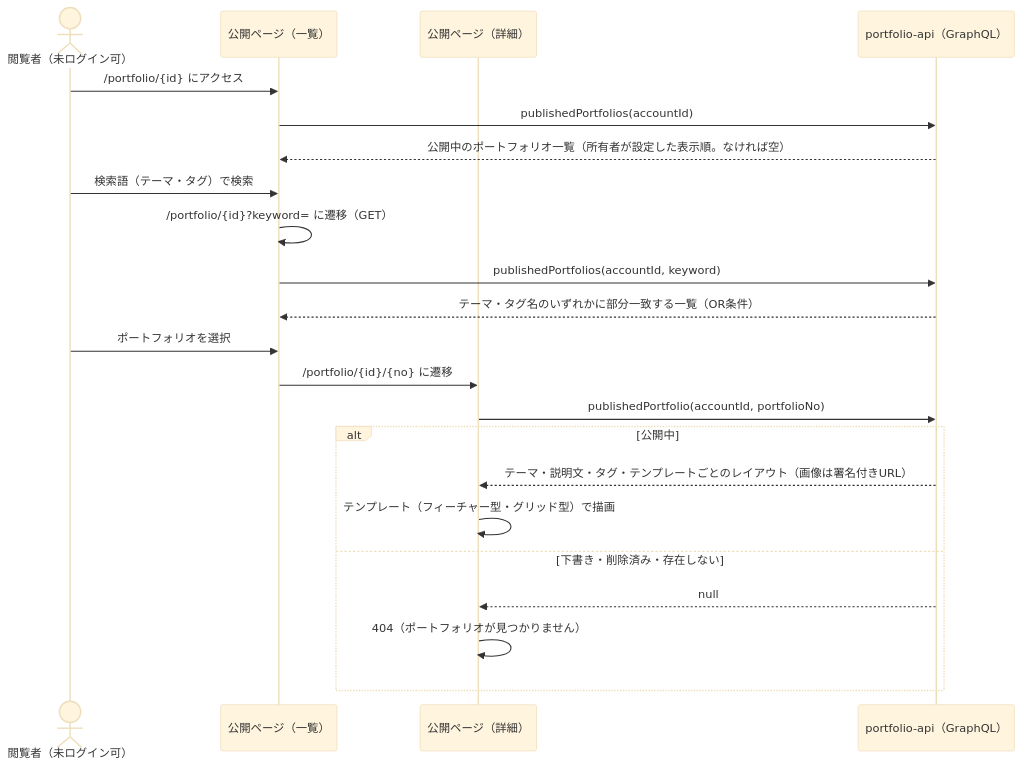
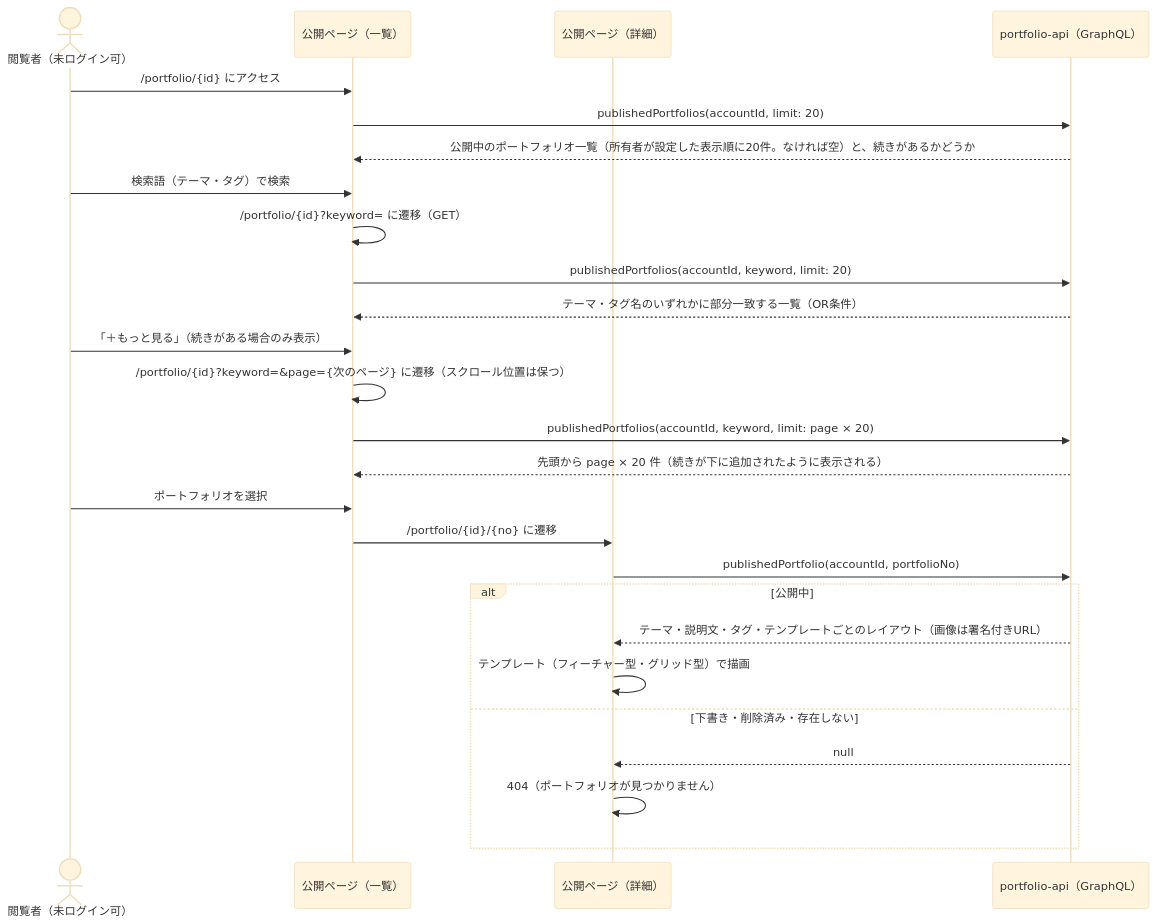
One commit to KentoKodama214/WebGallery changed the sixth of 11 diagrams in doc/view/screen-transition.md. Above: the diagram before and after it, drawn with Mermaid (base theme). The commit also changed other lines of this file and 71 other files, not shown here.

First line of the commit message:
feat(portfolio): ポートフォリオ一覧を20件ずつページングし、「＋もっと見る」で続きを表示する

````diff
--- a/doc/view/screen-transition.md
+++ b/doc/view/screen-transition.md
@@ -264,25 +267,29 @@
 ```mermaid
 sequenceDiagram
     actor Visitor as 閲覧者（未ログイン可）
     participant List as 公開ページ（一覧）
     participant Detail as 公開ページ（詳細）
     participant GQL as portfolio-api（GraphQL）
 
     Visitor->>List: /portfolio/{id} にアクセス
-    List->>GQL: publishedPortfolios(accountId)
-    GQL-->>List: 公開中のポートフォリオ一覧（所有者が設定した表示順。なければ空）
+    List->>GQL: publishedPortfolios(accountId, limit: 20)
+    GQL-->>List: 公開中のポートフォリオ一覧（所有者が設定した表示順に20件。なければ空）と、続きがあるかどうか
     Visitor->>List: 検索語（テーマ・タグ）で検索
     List->>List: /portfolio/{id}?keyword= に遷移（GET）
-    List->>GQL: publishedPortfolios(accountId, keyword)
+    List->>GQL: publishedPortfolios(accountId, keyword, limit: 20)
     GQL-->>List: テーマ・タグ名のいずれかに部分一致する一覧（OR条件）
+    Visitor->>List: 「＋もっと見る」（続きがある場合のみ表示）
+    List->>List: /portfolio/{id}?keyword=&page={次のページ} に遷移（スクロール位置は保つ）
+    List->>GQL: publishedPortfolios(accountId, keyword, limit: page × 20)
+    GQL-->>List: 先頭から page × 20 件（続きが下に追加されたように表示される）
     Visitor->>List: ポートフォリオを選択
     List->>Detail: /portfolio/{id}/{no} に遷移
     Detail->>GQL: publishedPortfolio(accountId, portfolioNo)
     alt 公開中
         GQL-->>Detail: テーマ・説明文・タグ・テンプレートごとのレイアウト（画像は署名付きURL）
         Detail->>Detail: テンプレート（フィーチャー型・グリッド型）で描画
     else 下書き・削除済み・存在しない
         GQL-->>Detail: null
         Detail->>Detail: 404（ポートフォリオが見つかりません）
     end
 ```
````
